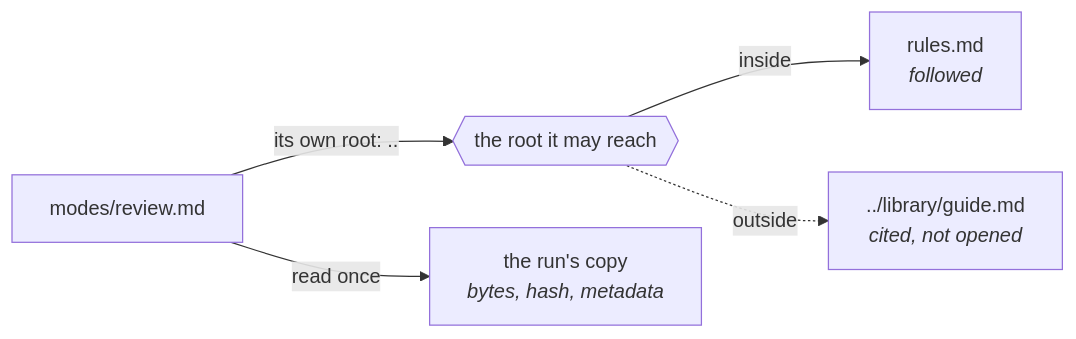
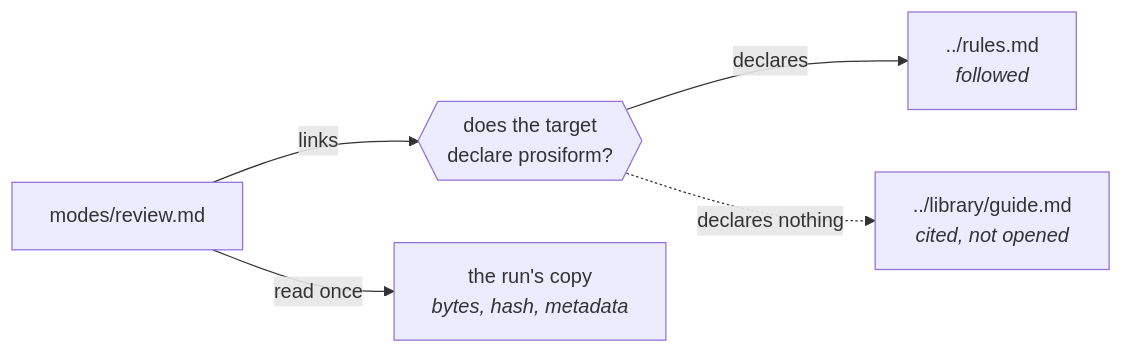
Before and after one commit to m2ux/prosiform: the second of 9 diagrams in docs/architecture.md, drawn with Mermaid. The commit also changed other lines of this file and 13 other files, not shown here.

````diff
--- a/docs/architecture.md
+++ b/docs/architecture.md
@@ -36,8 +36,8 @@
 ```mermaid
 flowchart LR
   Doc["modes/review.md"]
-  Doc -- "its own root: .." --> Root{{"the root it may reach"}}
-  Root -- "inside" --> Rules["rules.md<br/><i>followed</i>"]
-  Root -. "outside" .-> Outside["../library/guide.md<br/><i>cited, not opened</i>"]
+  Doc -- "links" --> Ask{{"does the target<br/>declare prosiform?"}}
+  Ask -- "declares" --> Rules["../rules.md<br/><i>followed</i>"]
+  Ask -. "declares nothing" .-> Outside["../library/guide.md<br/><i>cited, not opened</i>"]
   Doc -- "read once" --> Copy["the run's copy<br/><i>bytes, hash, metadata</i>"]
 ```
````
